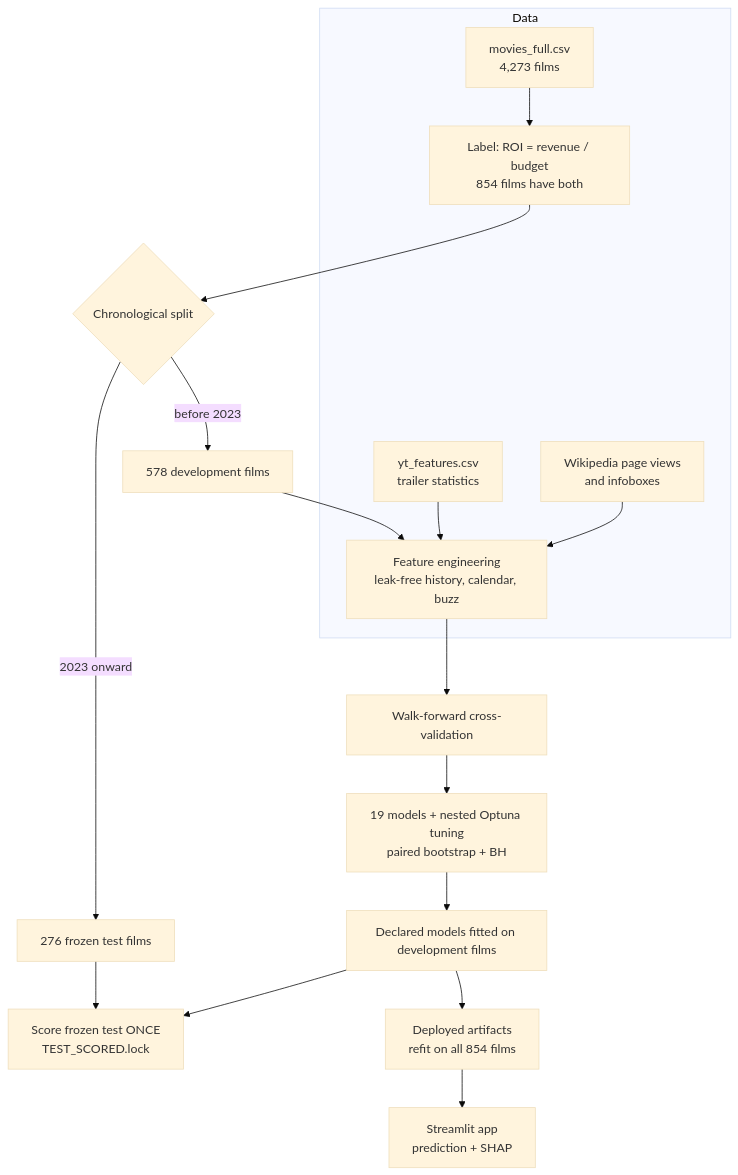
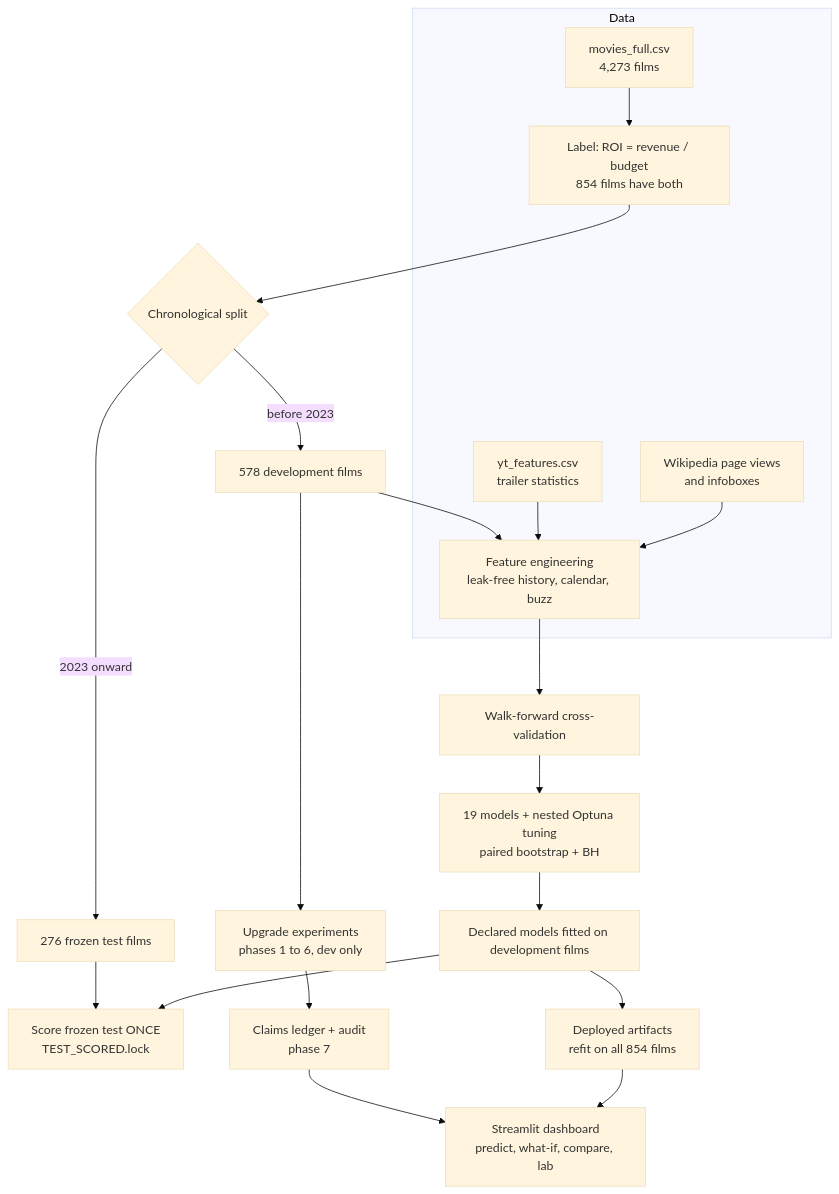
The diagram in docs/ARCHITECTURE.md (tonymadhuri2088-cmd/movie-hit-flop), drawn with Mermaid (base theme) before and after one commit. The commit also changed other lines of this file and 95 other files, not shown here.

First line of the commit message:
Research upgrade phases 5-9: feature ablation, language robustness, claims ledger, dashboard, CI and docs polish

````diff
--- a/docs/ARCHITECTURE.md
+++ b/docs/ARCHITECTURE.md
@@ -4,19 +4,22 @@
 ```mermaid
 flowchart TD
     subgraph Data
       M[movies_full.csv<br/>4,273 films] --> L[Label: ROI = revenue / budget<br/>854 films have both]
       W[Wikipedia page views<br/>and infoboxes] --> F
       Y[yt_features.csv<br/>trailer statistics] --> F
     end
     L --> S{Chronological split}
     S -->|before 2023| DEV[578 development films]
     S -->|2023 onward| TEST[276 frozen test films]
     DEV --> F[Feature engineering<br/>leak-free history, calendar, buzz]
     F --> CV[Walk-forward cross-validation]
     CV --> CMP[19 models + nested Optuna tuning<br/>paired bootstrap + BH]
     CMP --> FINAL[Declared models fitted on development films]
     FINAL --> SCORE[Score frozen test ONCE<br/>TEST_SCORED.lock]
     TEST --> SCORE
     FINAL --> ART[Deployed artifacts<br/>refit on all 854 films]
-    ART --> APP[Streamlit app<br/>prediction + SHAP]
+    ART --> APP[Streamlit dashboard<br/>predict, what-if, compare, lab]
+    DEV --> UP[Upgrade experiments<br/>phases 1 to 6, dev only]
+    UP --> LED[Claims ledger + audit<br/>phase 7]
+    LED --> APP
 ```
````
